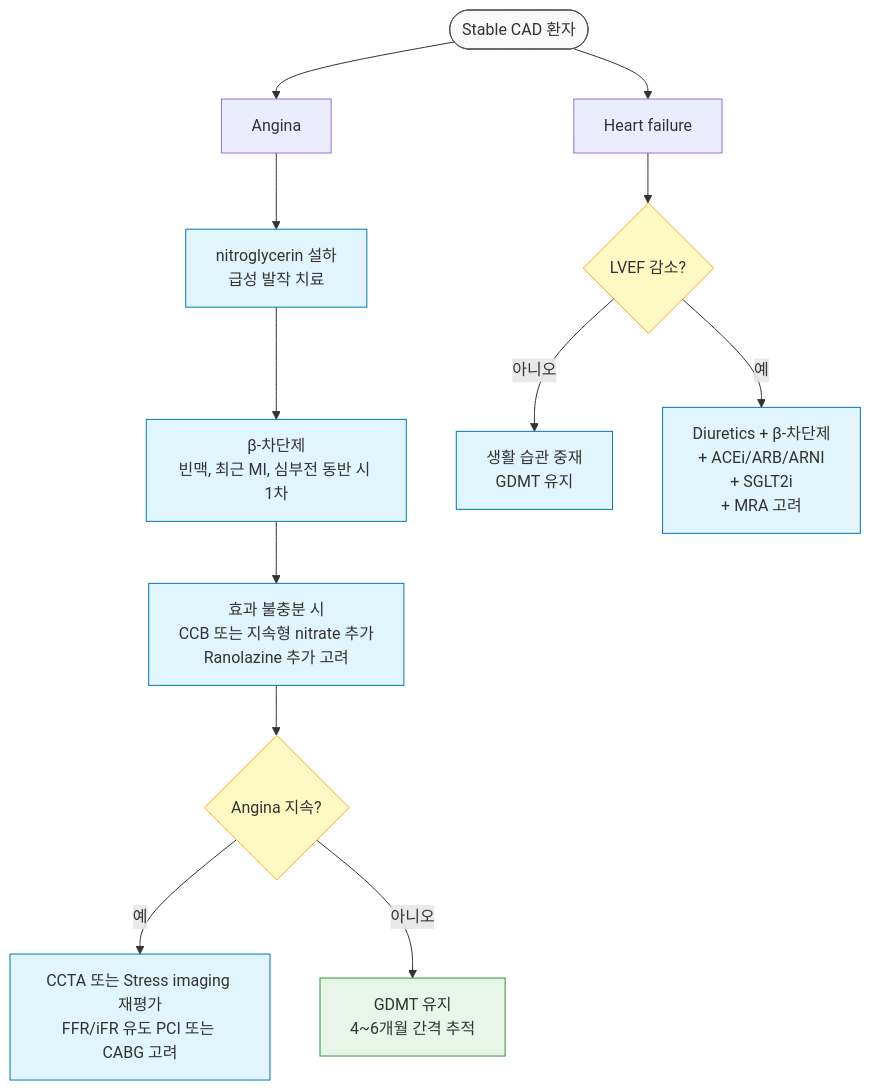
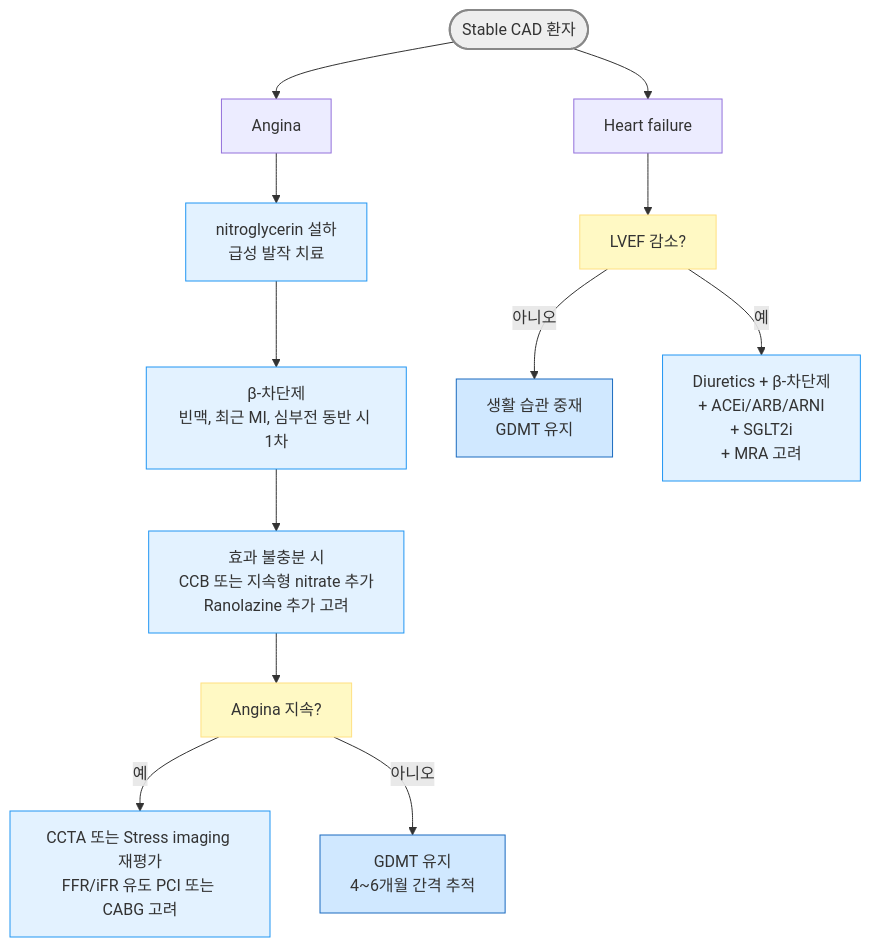
Before and after one commit to familyoh77/familyoh77: the third of 3 diagrams in 225_/097_-angina-pectoris.md, drawn with Mermaid. The commit also changed other lines of this file, not shown here.

````diff
--- a/225_/097_-angina-pectoris.md
+++ b/225_/097_-angina-pectoris.md
@@ -670,25 +654,22 @@
 ```mermaid
 graph TD
     A([Stable CAD 환자]) --> B[Angina]
     A --> C[Heart failure]
-
     B --> D[nitroglycerin 설하\n급성 발작 치료]
     D --> E[β-차단제\n빈맥, 최근 MI, 심부전 동반 시 1차]
     E --> F[효과 불충분 시\nCCB 또는 지속형 nitrate 추가\nRanolazine 추가 고려]
-    F --> G{Angina 지속?}
+    F --> G[Angina 지속?]
     G -- 예 --> H[CCTA 또는 Stress imaging 재평가\nFFR/iFR 유도 PCI 또는 CABG 고려]
     G -- 아니오 --> I[GDMT 유지\n4~6개월 간격 추적]
-
-    C --> J{LVEF 감소?}
+    C --> J[LVEF 감소?]
     J -- 아니오 --> K[생활 습관 중재\nGDMT 유지]
     J -- 예 --> L[Diuretics + β-차단제\n+ ACEi/ARB/ARNI\n+ SGLT2i\n+ MRA 고려]
 
-    classDef decision fill:#fff9c4,stroke:#f9a825
-    classDef action fill:#e1f5fe,stroke:#0277bd
-    classDef start fill:#f9f9f9,stroke:#555
-    classDef outcome fill:#e8f5e9,stroke:#388e3c
-    class G,J decision
-    class D,E,F,H,K,L action
-    class A start
-    class I outcome
+style A fill:#eeeeee,stroke:#888888,stroke-width:2px
+classDef yellow fill:#fff9c4,stroke:#ffe082
+class G,J yellow
+classDef sky fill:#e3f2ff,stroke:#2196f3
+class D,E,F,H,L sky
+classDef blue fill:#d0e8ff,stroke:#1a6abf
+class I,K blue
 ```
````
